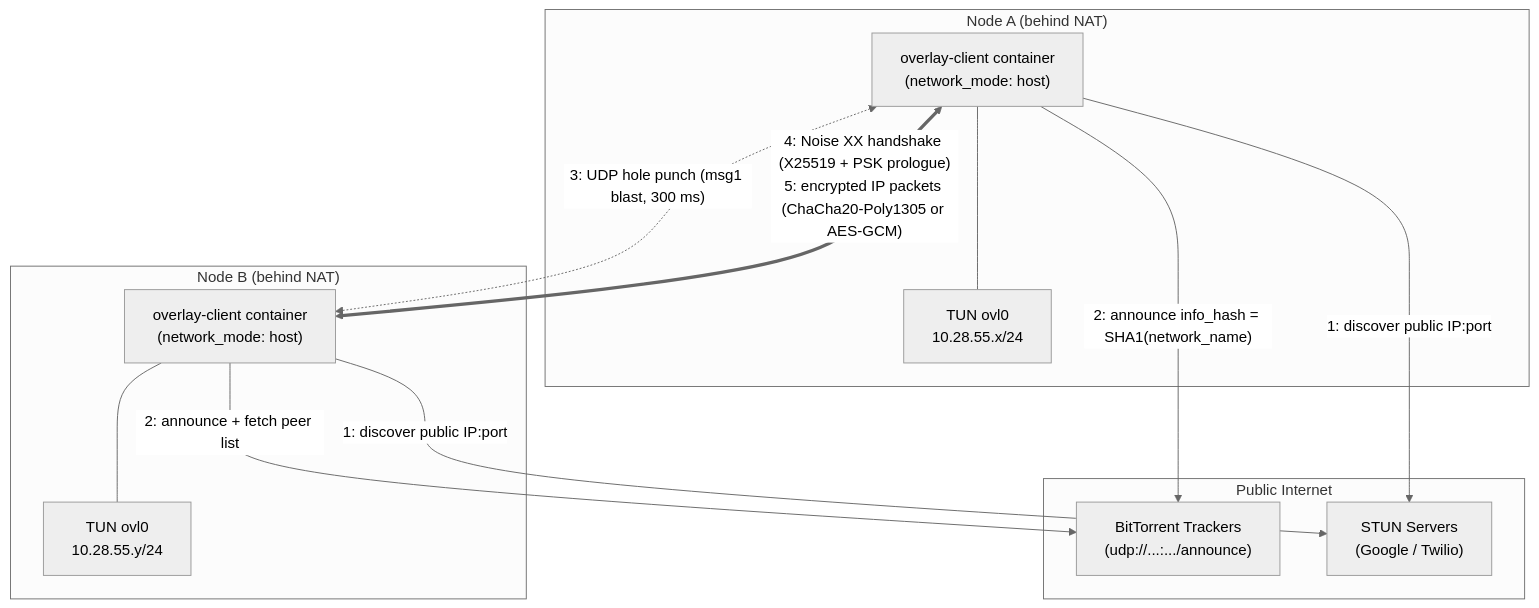
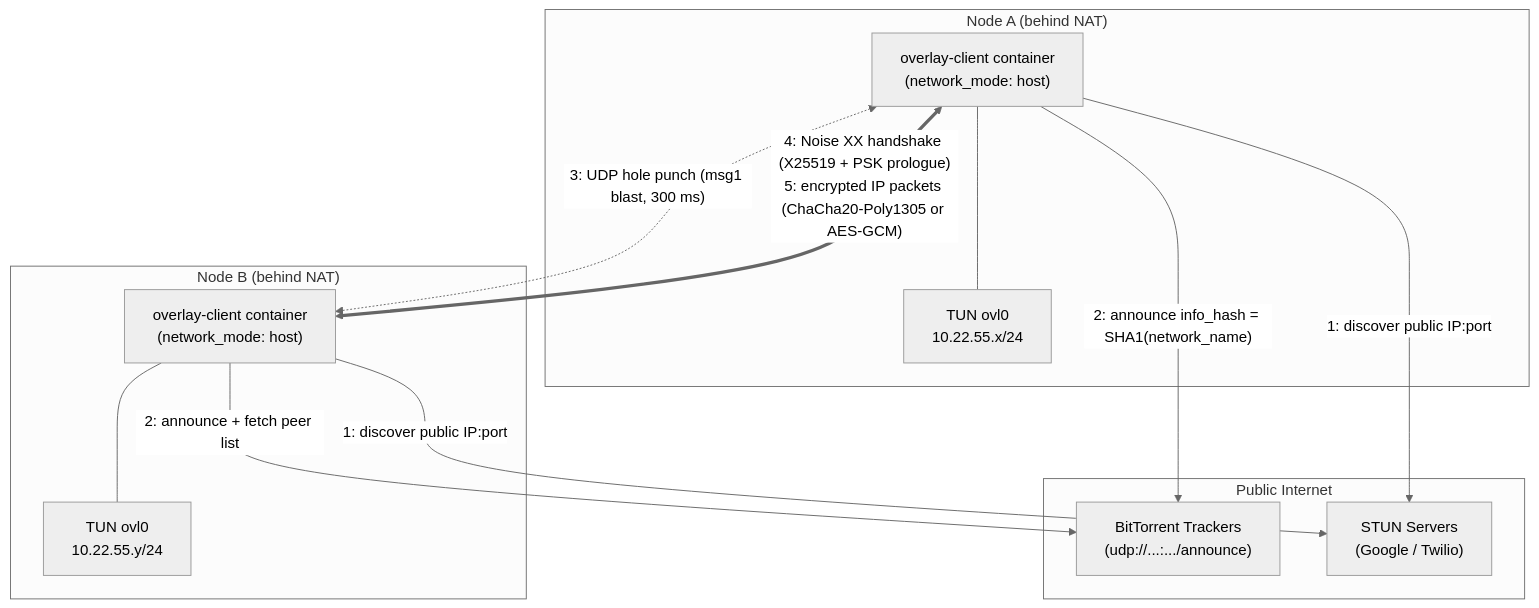
Before and after one commit to augo23/APGO: the diagram in README.md, drawn with Mermaid (neutral theme). The commit also changed other lines of this file, not shown here.

````diff
--- a/README.md
+++ b/README.md
@@ -43,26 +43,26 @@
 ```mermaid
 flowchart TB
     subgraph Internet["Public Internet"]
         T["BitTorrent Trackers<br/>(udp://...:.../announce)"]
         S["STUN Servers<br/>(Google / Twilio)"]
     end
 
     subgraph NodeA["Node A (behind NAT)"]
         A1["overlay-client container<br/>(network_mode: host)"]
-        A2["TUN ovl0<br/>10.28.55.x/24"]
+        A2["TUN ovl0<br/>10.22.55.x/24"]
         A1 --- A2
     end
 
     subgraph NodeB["Node B (behind NAT)"]
         B1["overlay-client container<br/>(network_mode: host)"]
-        B2["TUN ovl0<br/>10.28.55.y/24"]
+        B2["TUN ovl0<br/>10.22.55.y/24"]
         B1 --- B2
     end
 
     A1 -- "1: discover public IP:port" --> S
     B1 -- "1: discover public IP:port" --> S
     A1 -- "2: announce info_hash = SHA1(network_name)" --> T
     B1 -- "2: announce + fetch peer list" --> T
     A1 <-. "3: UDP hole punch (msg1 blast, 300 ms)" .-> B1
     A1 <== "4: Noise XX handshake (X25519 + PSK prologue)<br/>5: encrypted IP packets (ChaCha20-Poly1305 or AES-GCM)" ==> B1
 ```
````
